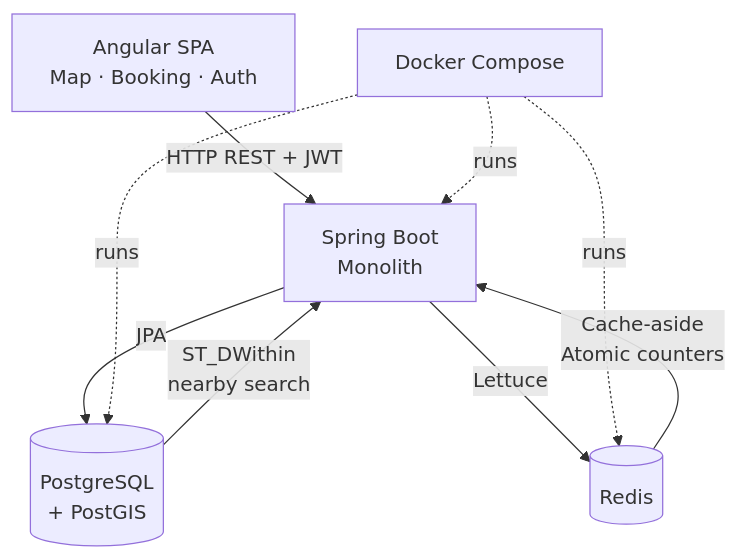
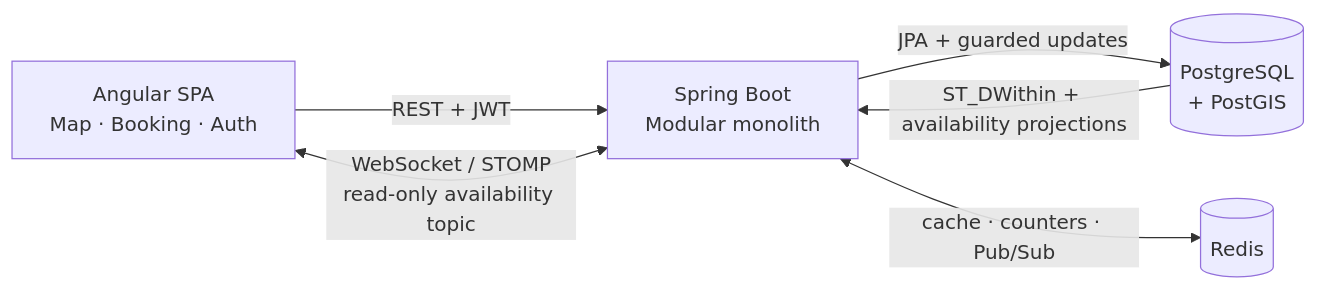
One commit to anhtran1304/parking-finder changed the diagram in docs/architecture/system-overview.md. Above: the diagram before and after it, drawn with Mermaid. The commit also changed other lines of this file and 12 other files, not shown here.

````diff
--- a/docs/architecture/system-overview.md
+++ b/docs/architecture/system-overview.md
@@ -20,11 +20,8 @@
 ```mermaid
-graph TD
-    A[Angular SPA<br/>Map · Booking · Auth] -->|HTTP REST + JWT| B[Spring Boot<br/>Monolith]
-    B -->|JPA| C[(PostgreSQL<br/>+ PostGIS)]
-    B -->|Lettuce| D[(Redis)]
-    C -->|ST_DWithin<br/>nearby search| B
-    D -->|Cache-aside<br/>Atomic counters| B
-    E[Docker Compose] -.->|runs| B
-    E -.->|runs| C
-    E -.->|runs| D
+flowchart LR
+    A[Angular SPA<br/>Map · Booking · Auth] -->|REST + JWT| B[Spring Boot<br/>Modular monolith]
+    A <-->|WebSocket / STOMP<br/>read-only availability topic| B
+    B -->|JPA + guarded updates| C[(PostgreSQL<br/>+ PostGIS)]
+    B <-->|cache · counters · Pub/Sub| D[(Redis)]
+    C -->|ST_DWithin + availability projections| B
 ```
````
